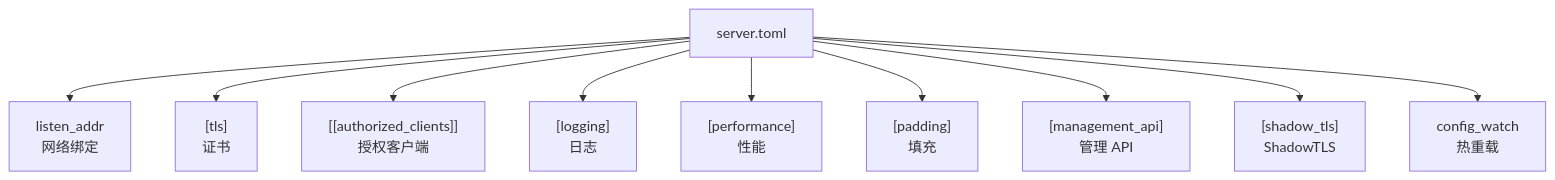
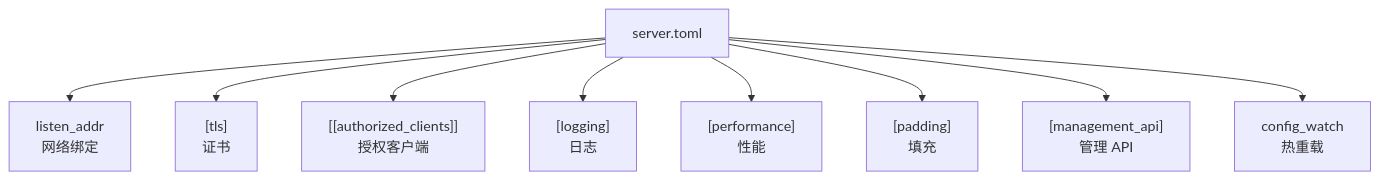
The diagram in docs/i18n/zh-Hans/docusaurus-plugin-content-docs-guide/current/configure-server.md (prisma-proxy/prisma), drawn with Mermaid before and after one commit. The commit also changed other lines of this file and 37 other files, not shown here.

Commit message:
docs: remove ShadowTLS references, update transport count to 8

````diff
--- a/docs/i18n/zh-Hans/docusaurus-plugin-content-docs-guide/current/configure-server.md
+++ b/docs/i18n/zh-Hans/docusaurus-plugin-content-docs-guide/current/configure-server.md
@@ -9,12 +9,11 @@
 ```mermaid
 graph TD
     ROOT["server.toml"] --> LISTEN["listen_addr\n网络绑定"]
     ROOT --> TLS["[tls]\n证书"]
     ROOT --> AUTH["[[authorized_clients]]\n授权客户端"]
     ROOT --> LOG["[logging]\n日志"]
     ROOT --> PERF["[performance]\n性能"]
     ROOT --> PAD["[padding]\n填充"]
     ROOT --> MGMT["[management_api]\n管理 API"]
-    ROOT --> STLS["[shadow_tls]\nShadowTLS"]
     ROOT --> WATCH["config_watch\n热重载"]
 ```
````
